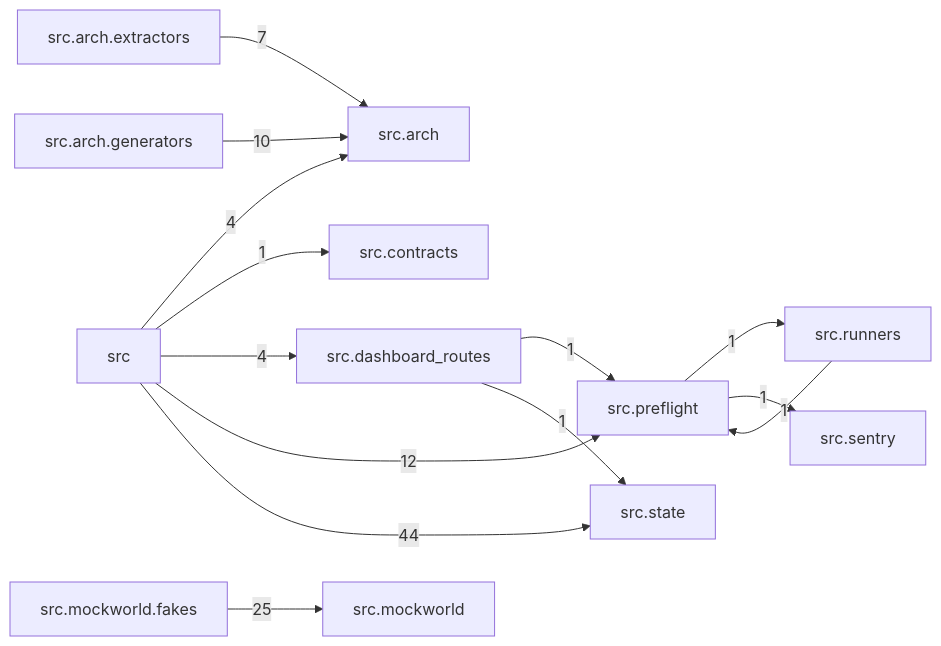
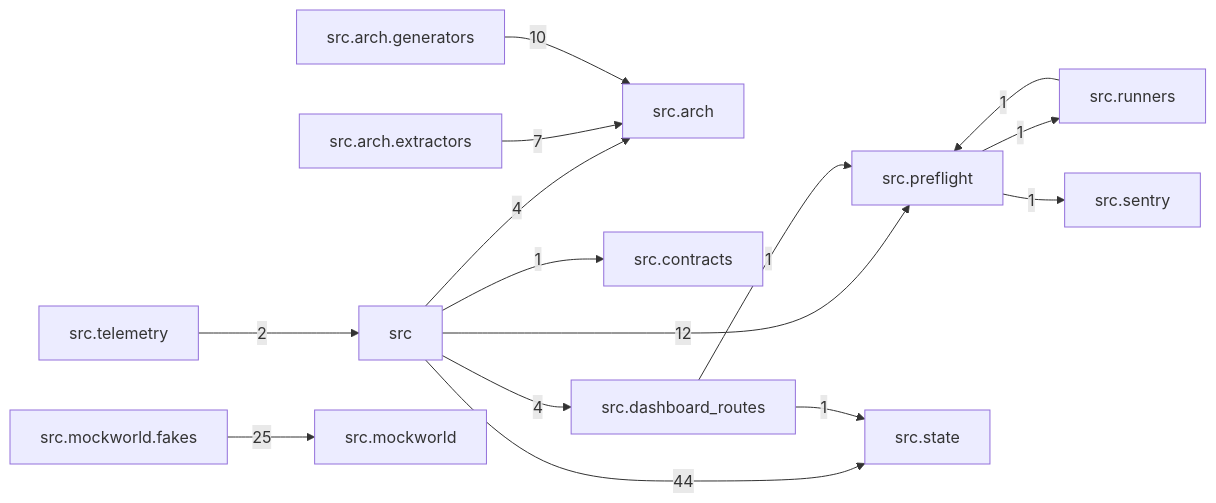
One commit to T-rav/hyrdaflow changed the diagram in docs/arch/generated/modules.md. Above: the diagram before and after it, drawn with Mermaid. The commit also changed other lines of this file and 12 other files, not shown here.

````diff
--- a/docs/arch/generated/modules.md
+++ b/docs/arch/generated/modules.md
@@ -7,28 +7,30 @@
 ```mermaid
 graph LR
     src["src"]
     src_arch["src.arch"]
     src_arch_extractors["src.arch.extractors"]
     src_arch_generators["src.arch.generators"]
     src_contracts["src.contracts"]
     src_dashboard_routes["src.dashboard_routes"]
     src_mockworld["src.mockworld"]
     src_mockworld_fakes["src.mockworld.fakes"]
     src_preflight["src.preflight"]
     src_runners["src.runners"]
     src_sentry["src.sentry"]
     src_state["src.state"]
+    src_telemetry["src.telemetry"]
     src -- "4" --> src_arch
     src -- "1" --> src_contracts
     src -- "4" --> src_dashboard_routes
     src -- "12" --> src_preflight
     src -- "44" --> src_state
     src_arch_extractors -- "7" --> src_arch
     src_arch_generators -- "10" --> src_arch
     src_dashboard_routes -- "1" --> src_preflight
     src_dashboard_routes -- "1" --> src_state
     src_mockworld_fakes -- "25" --> src_mockworld
     src_preflight -- "1" --> src_runners
     src_preflight -- "1" --> src_sentry
     src_runners -- "1" --> src_preflight
+    src_telemetry -- "2" --> src
 ```
````
